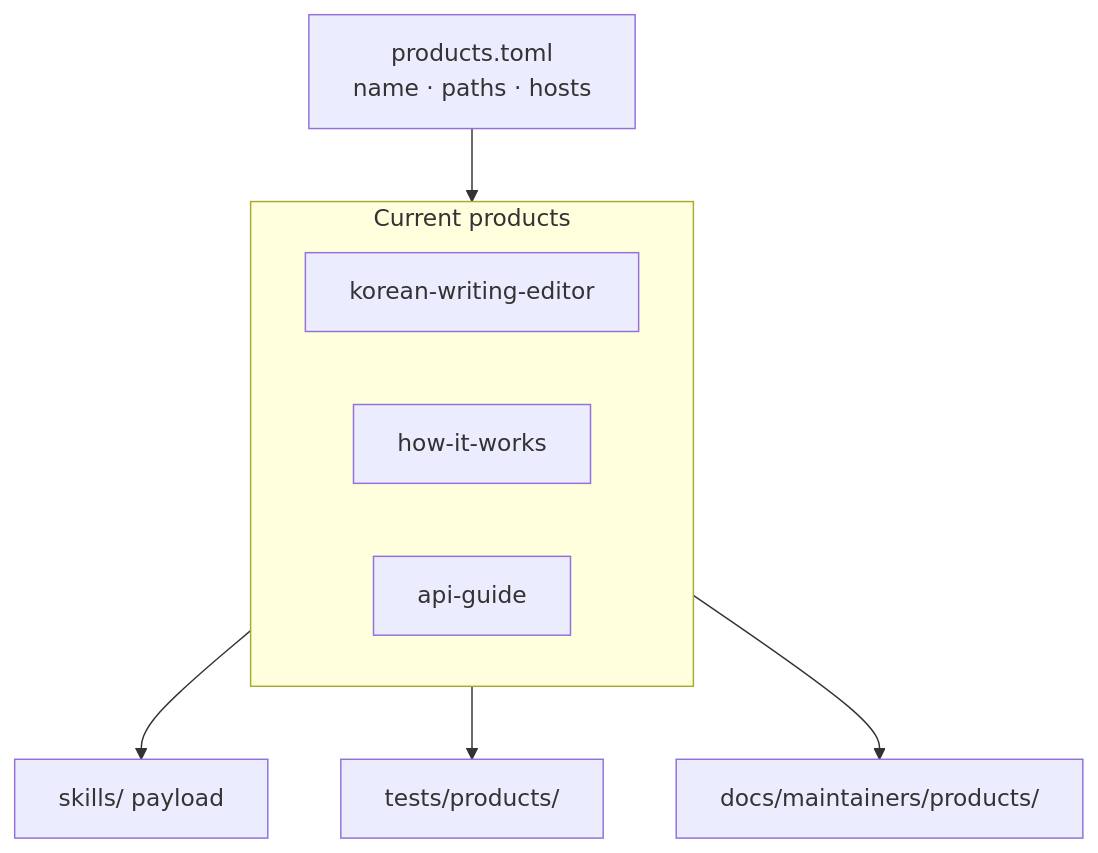
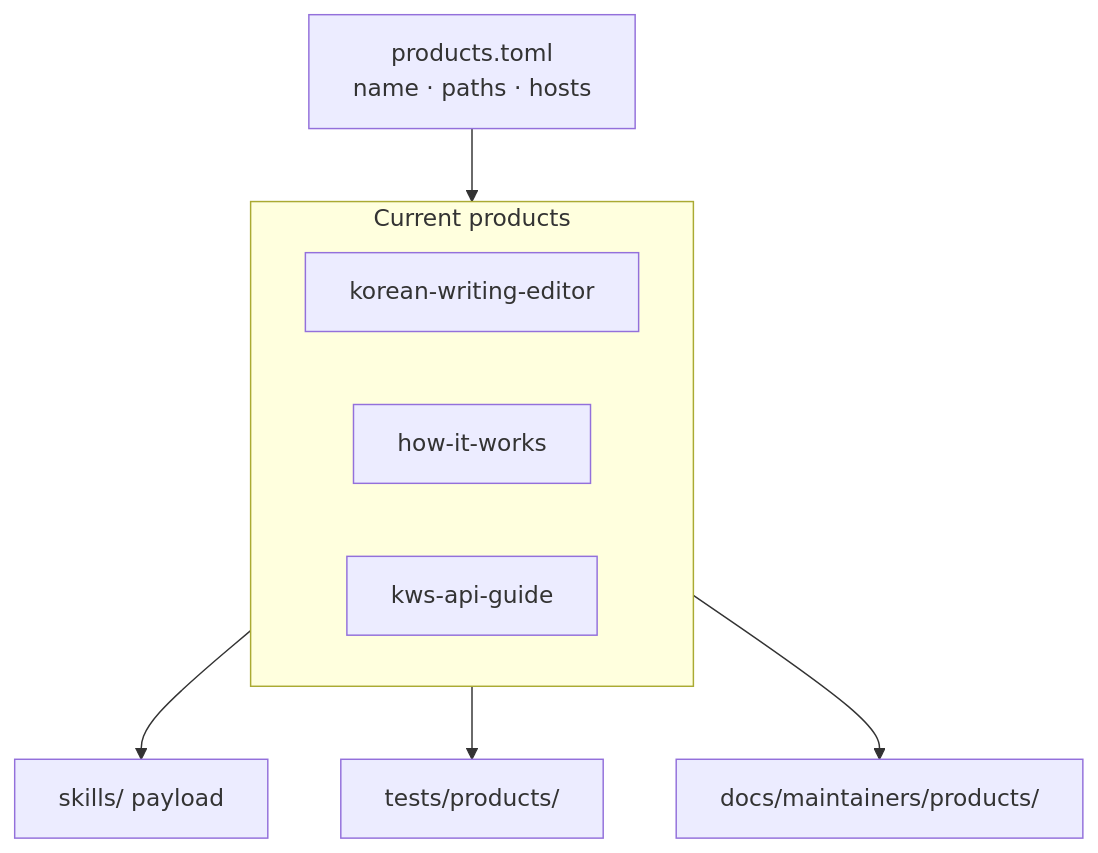
One commit to beyondwin/skills changed the diagram in docs/maintainers/repository/architecture.md. Above: the diagram before and after it, drawn with Mermaid. The commit also changed other lines of this file and 50 other files, not shown here.

First line of the commit message:
feat: rename api-guide to kws-api-guide and add page writing rules

````diff
--- a/docs/maintainers/repository/architecture.md
+++ b/docs/maintainers/repository/architecture.md
@@ -13,13 +13,13 @@
 ```mermaid
 flowchart TB
   R["products.toml<br/>name · paths · hosts"]
   subgraph live ["Current products"]
     K[korean-writing-editor]
     H[how-it-works]
-    A[api-guide]
+    A[kws-api-guide]
   end
   R --> live
   live --> SK["skills/ payload"]
   live --> T["tests/products/"]
   live --> D["docs/maintainers/products/"]
 ```
````
